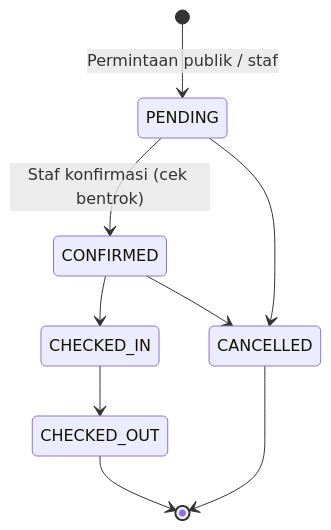
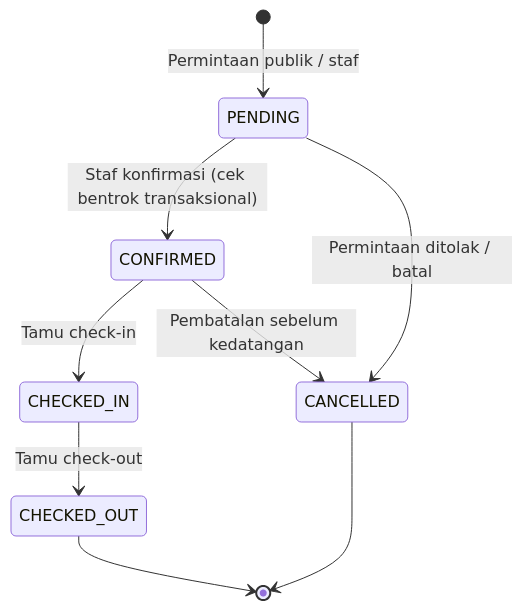
Before and after one commit to pramacoder/VillaBookingSystem: the first of 2 diagrams in README.md, drawn with Mermaid. The commit also changed other lines of this file and 4 other files, not shown here.

````diff
--- a/README.md
+++ b/README.md
@@ -60,11 +69,11 @@
 ```mermaid
 stateDiagram-v2
   [*] --> PENDING: Permintaan publik / staf
-  PENDING --> CONFIRMED: Staf konfirmasi (cek bentrok)
-  PENDING --> CANCELLED
-  CONFIRMED --> CHECKED_IN
-  CONFIRMED --> CANCELLED
-  CHECKED_IN --> CHECKED_OUT
+  PENDING --> CONFIRMED: Staf konfirmasi (cek bentrok transaksional)
+  PENDING --> CANCELLED: Permintaan ditolak / batal
+  CONFIRMED --> CHECKED_IN: Tamu check-in
+  CONFIRMED --> CANCELLED: Pembatalan sebelum kedatangan
+  CHECKED_IN --> CHECKED_OUT: Tamu check-out
   CHECKED_OUT --> [*]
   CANCELLED --> [*]
 ```
````
